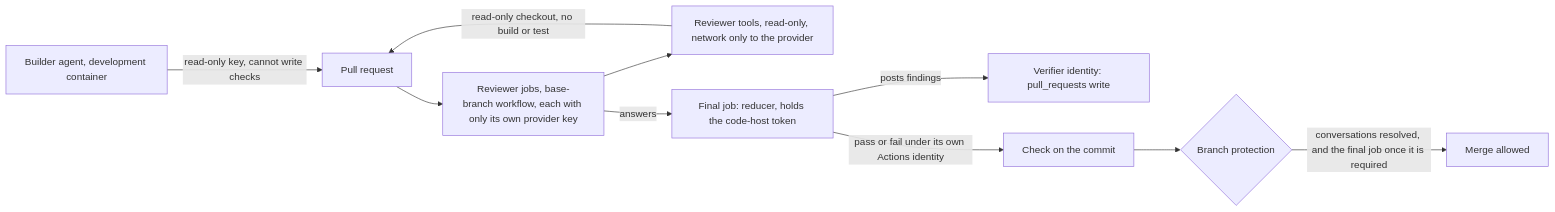
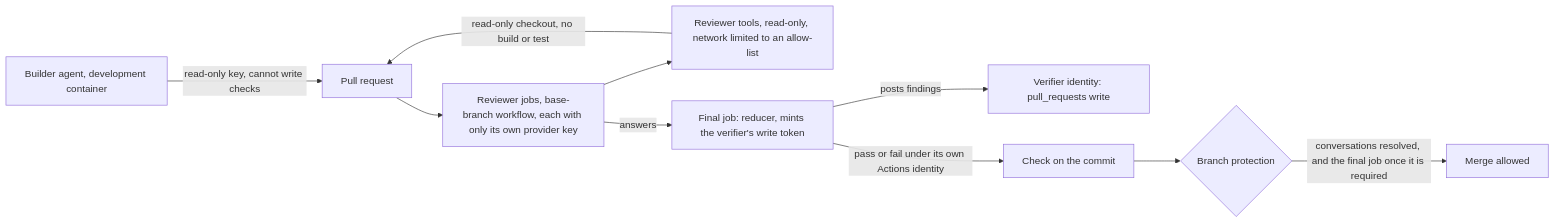
Before and after one commit to open-software-factory/software-factory: the diagram in docs/architecture/decisions/0020-who-can-post-a-review-result.md, drawn with Mermaid. The commit also changed other lines of this file and 4 other files, not shown here.

````diff
--- a/docs/architecture/decisions/0020-who-can-post-a-review-result.md
+++ b/docs/architecture/decisions/0020-who-can-post-a-review-result.md
@@ -167,12 +167,12 @@
 ```mermaid
 flowchart LR
   B[Builder agent, development container] -->|read-only key, cannot write checks| PR[Pull request]
   PR --> RJ[Reviewer jobs, base-branch workflow, each with only its own provider key]
-  RJ --> RV[Reviewer tools, read-only, network only to the provider]
+  RJ --> RV[Reviewer tools, read-only, network limited to an allow-list]
   RV -->|read-only checkout, no build or test| PR
-  RJ -->|answers| FJ[Final job: reducer, holds the code-host token]
+  RJ -->|answers| FJ[Final job: reducer, mints the verifier's write token]
   FJ -->|posts findings| VC[Verifier identity: pull_requests write]
   FJ -->|pass or fail under its own Actions identity| CHK[Check on the commit]
   CHK --> GATE{Branch protection}
   GATE -->|conversations resolved, and the final job once it is required| M[Merge allowed]
 ```
````
